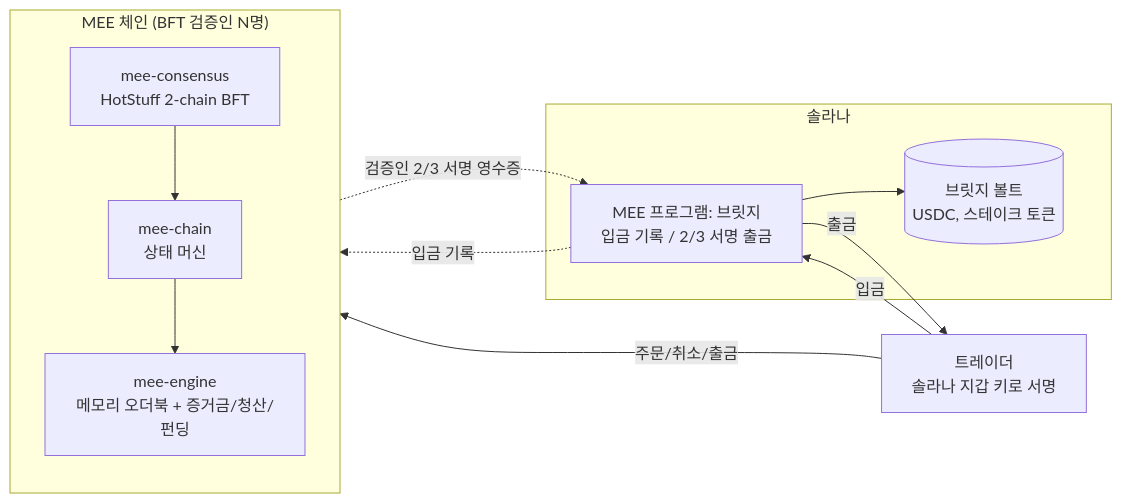
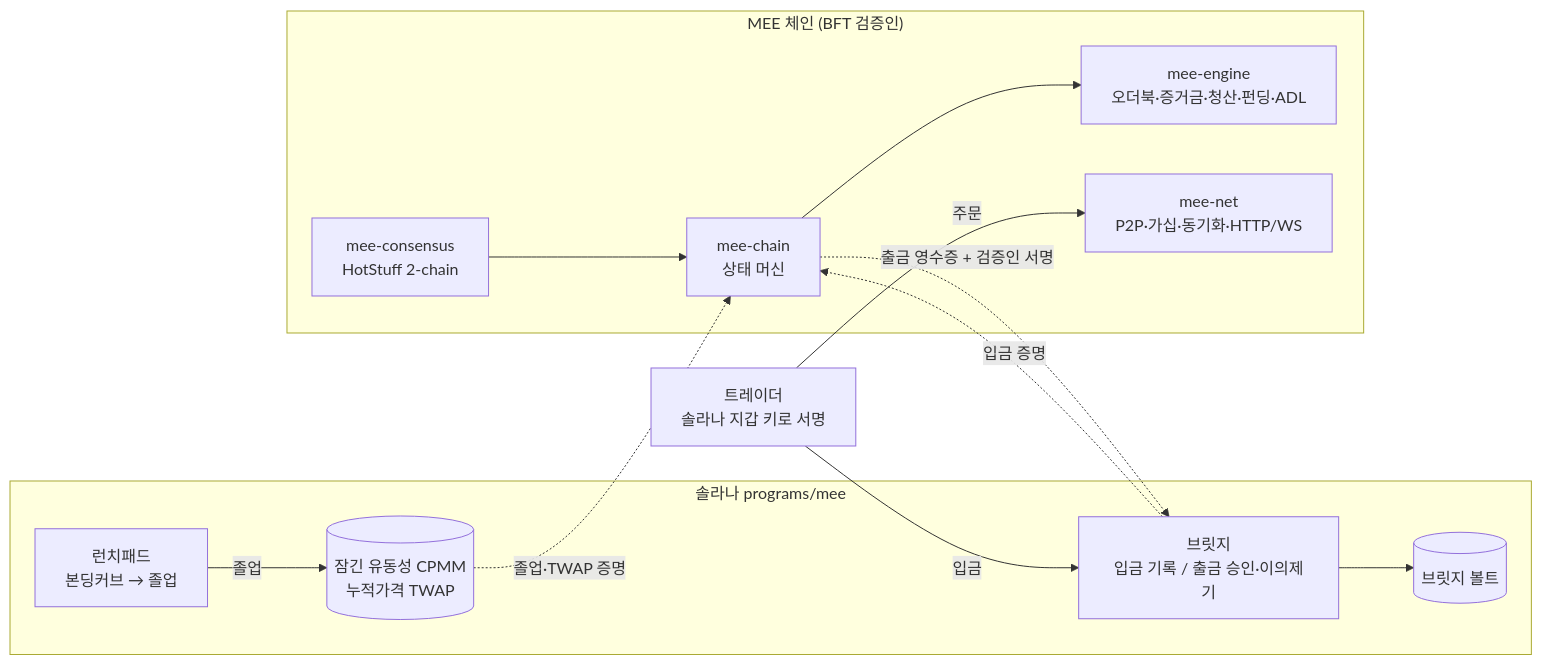
The diagram in docs/ARCHITECTURE.md (skew-labs/ticking-engine), drawn with Mermaid before and after one commit. The commit also changed other lines of this file and 1 other file, not shown here.

First line of the commit message:
Docs: launchpad-to-perp architecture, networking, persistence

````diff
--- a/docs/ARCHITECTURE.md
+++ b/docs/ARCHITECTURE.md
@@ -6,16 +9,20 @@
 ```mermaid
 flowchart LR
-    U[트레이더<br/>솔라나 지갑 키로 서명] -- 주문/취소/출금 --> V
-    subgraph V["MEE 체인 (BFT 검증인 N명)"]
-        C[mee-consensus<br/>HotStuff 2-chain BFT] --> S[mee-chain<br/>상태 머신]
-        S --> E[mee-engine<br/>메모리 오더북 + 증거금/청산/펀딩]
+    subgraph SOL[솔라나 programs/mee]
+        LP[런치패드<br/>본딩커브 → 졸업]
+        AMM[(잠긴 유동성 CPMM<br/>누적가격 TWAP)]
+        B[브릿지<br/>입금 기록 / 출금 승인·이의제기]
+        VA[(브릿지 볼트)]
+        LP -- 졸업 --> AMM
     end
-    subgraph SOL[솔라나]
-        B[MEE 프로그램: 브릿지<br/>입금 기록 / 2/3 서명 출금]
-        VA[(브릿지 볼트<br/>USDC, 스테이크 토큰)]
+    subgraph V["MEE 체인 (BFT 검증인)"]
+        C[mee-consensus<br/>HotStuff 2-chain] --> S[mee-chain<br/>상태 머신]
+        S --> E[mee-engine<br/>오더북·증거금·청산·펀딩·ADL]
+        N[mee-net<br/>P2P·가십·동기화·HTTP/WS]
     end
+    U[트레이더<br/>솔라나 지갑 키로 서명] -- 주문 --> N
     U -- 입금 --> B --> VA
-    B -. 입금 기록 .-> V
-    V -. 검증인 2/3 서명 영수증 .-> B
-    B -- 출금 --> U
+    B -. 입금 증명 .-> S
+    AMM -. 졸업·TWAP 증명 .-> S
+    S -. 출금 영수증 + 검증인 서명 .-> B
 ```
````
